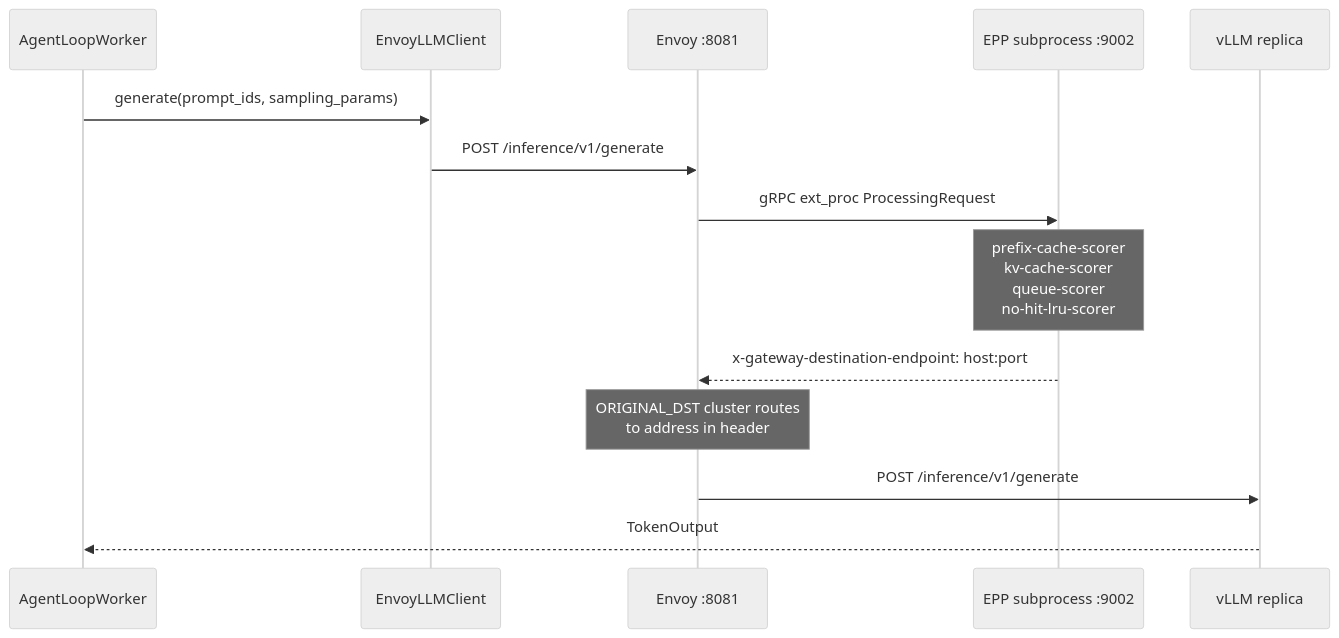
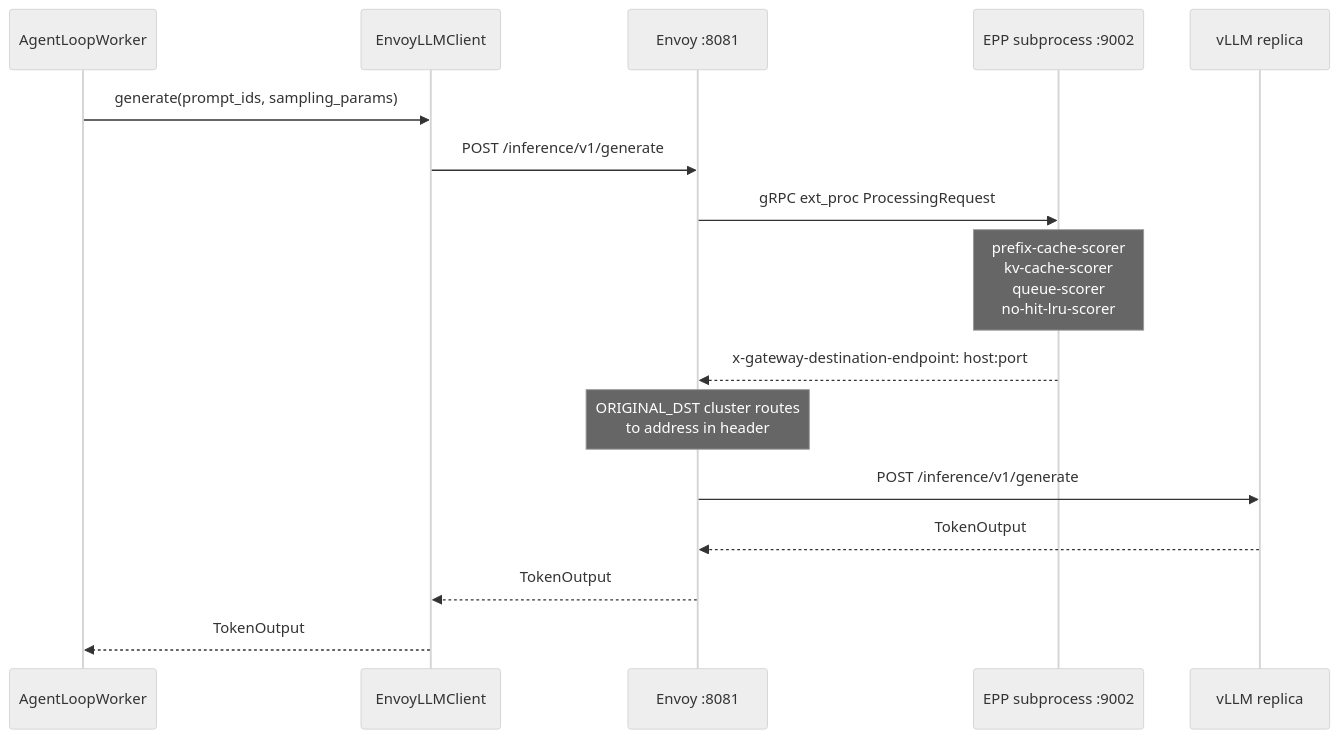
The second of 2 diagrams in README.md (NaomiEisen/llm-d-rl-verl-integration), drawn with Mermaid (neutral theme) before and after one commit. The commit also changed other lines of this file, not shown here.

````diff
--- a/README.md
+++ b/README.md
@@ -88,17 +89,19 @@
 ```mermaid
 sequenceDiagram
     participant W as AgentLoopWorker
     participant C as EnvoyLLMClient
     participant Env as Envoy :8081
     participant E as EPP subprocess :9002
     participant V as vLLM replica
 
     W->>C: generate(prompt_ids, sampling_params)
     C->>Env: POST /inference/v1/generate
     Env->>E: gRPC ext_proc ProcessingRequest
     Note over E: prefix-cache-scorer<br/>kv-cache-scorer<br/>queue-scorer<br/>no-hit-lru-scorer
     E-->>Env: x-gateway-destination-endpoint: host:port
     Note over Env: ORIGINAL_DST cluster routes<br/>to address in header
     Env->>V: POST /inference/v1/generate
-    V-->>W: TokenOutput
+    V-->>Env: TokenOutput
+    Env-->>C: TokenOutput
+    C-->>W: TokenOutput
 ```
````
